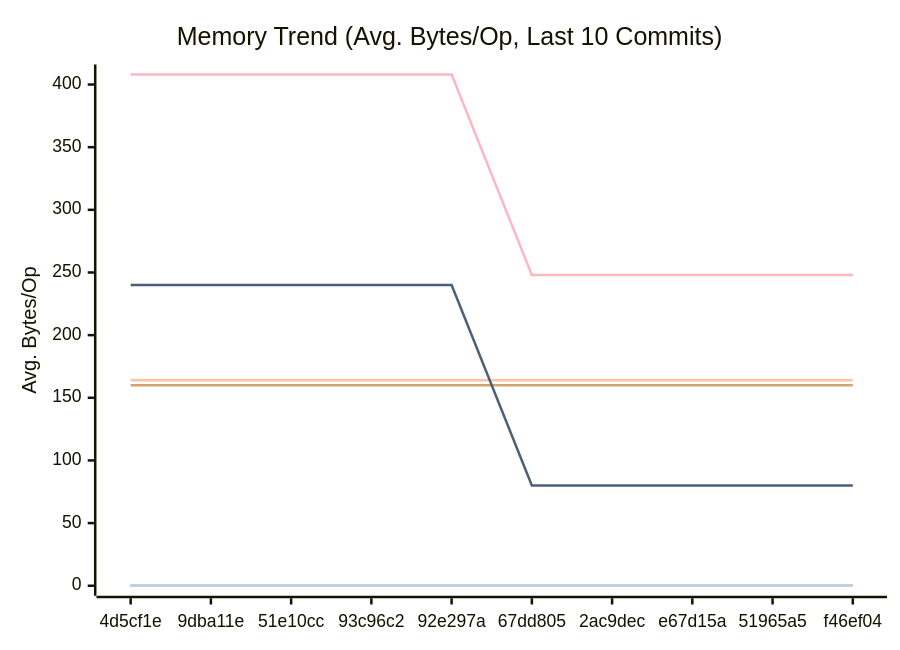
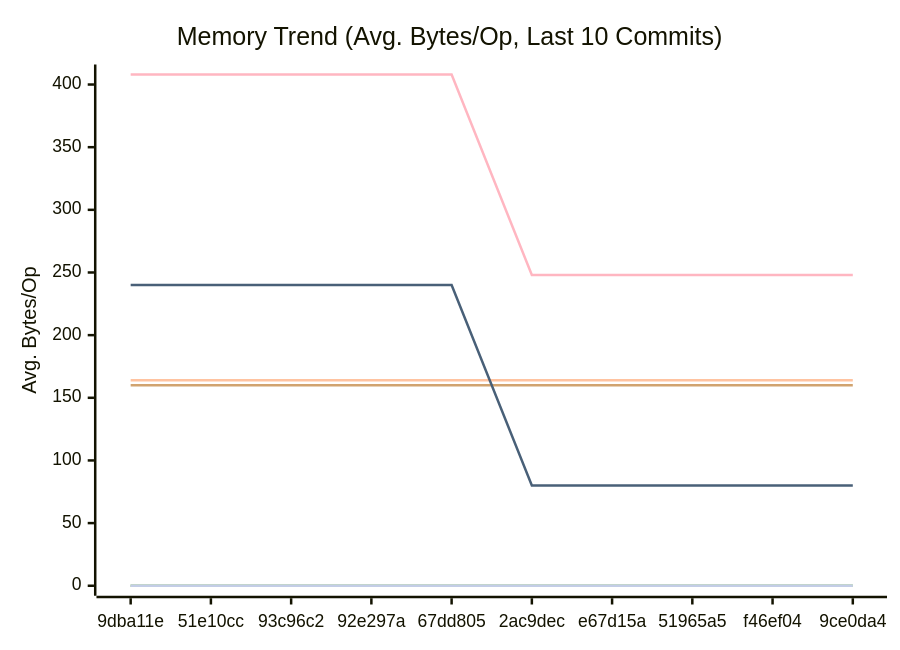
One commit to alsotoes/momo changed the second of 3 diagrams in docs/PERFORMANCE.md. Above: the diagram before and after it, drawn with Mermaid. The commit also changed other lines of this file and 2 other files, not shown here.

````diff
--- a/docs/PERFORMANCE.md
+++ b/docs/PERFORMANCE.md
@@ -97,16 +97,16 @@
 ```mermaid
 xychart-beta
     title "Memory Trend (Avg. Bytes/Op, Last 10 Commits)"
     x-axis "Commit"
     y-axis "Avg. Bytes/Op"
-    x-axis [4d5cf1e,9dba11e,51e10cc,93c96c2,92e297a,67dd805,2ac9dec,e67d15a,51965a5,f46ef04]
+    x-axis [9dba11e,51e10cc,93c96c2,92e297a,67dd805,2ac9dec,e67d15a,51965a5,f46ef04,9ce0da4]
     line "CheckMetricsAndSwap" [0,0,0,0,0,0,0,0,0,0]
     line "CrushOptimized" [0,0,0,0,0,0,0,0,0,0]
     line "CrushOriginal" [164,164,164,164,164,164,164,164,164,164]
     line "IndexDirectTracking" [0,0,0,0,0,0,0,0,0,0]
     line "IndexSearch" [0,0,0,0,0,0,0,0,0,0]
     line "LoadGlobalConfig" [160,160,160,160,160,160,160,160,160,160]
     line "PadString" [0,0,0,0,0,0,0,0,0,0]
     line "ParseReplicationOrder_NoPrealloc" [408,408,408,408,408,248,248,248,248,248]
     line "ParseReplicationOrder_Prealloc" [240,240,240,240,240,80,80,80,80,80]
 ```
````
